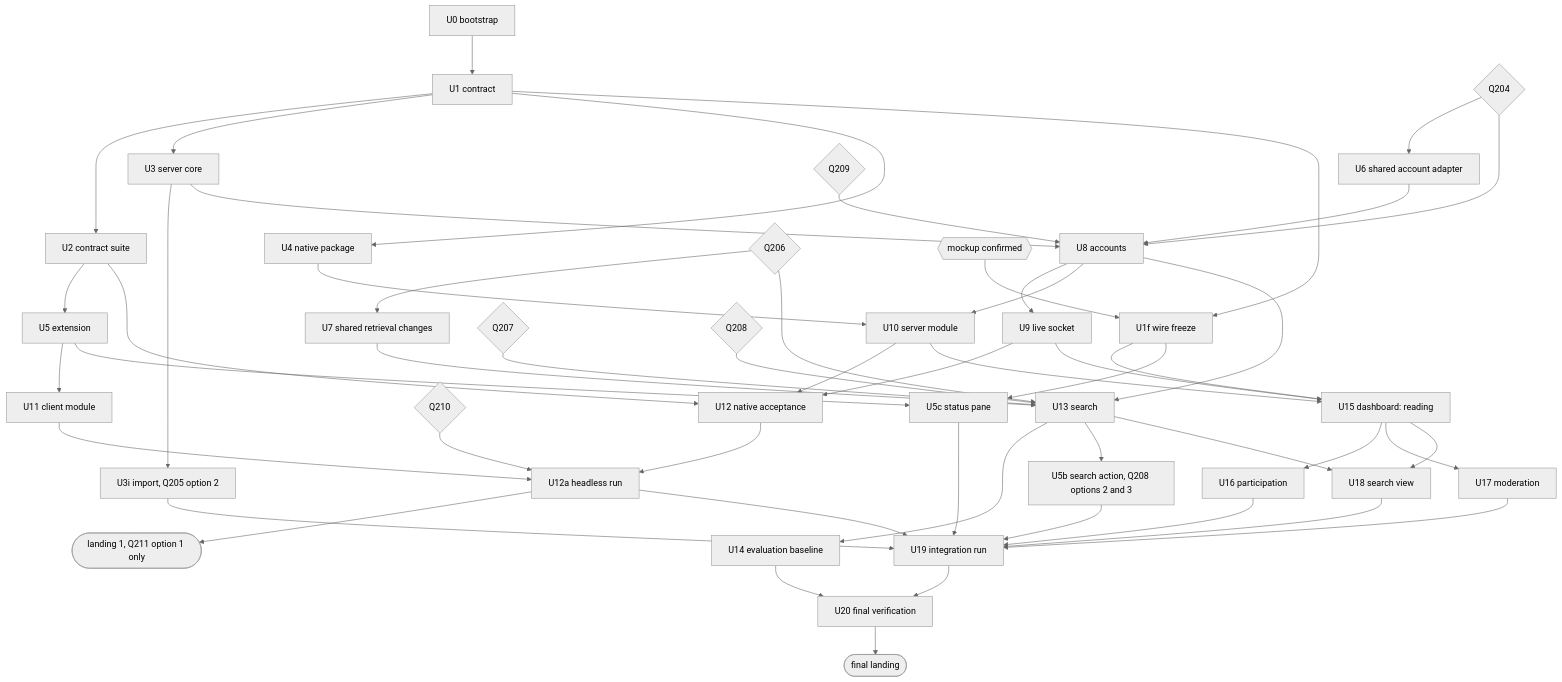
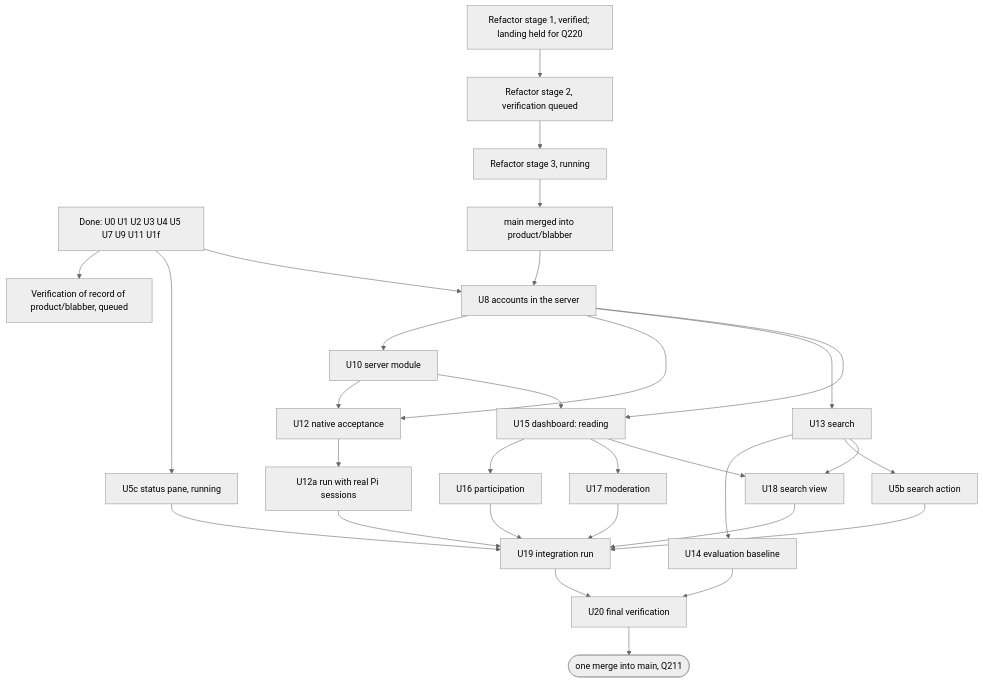
Before and after one commit to 7mind/ponygirls: the second of 2 diagrams in docs/drafts/20261127-1430-blabber-product-design.md, drawn with Mermaid (neutral theme). The commit also changed other lines of this file, not shown here.

Commit message:
docs: Blabber product design, revision 2 (owner decisions Q204-Q217, rulings R1-R36, state at product/blabber 2c444ad4)

````diff
--- a/docs/drafts/20261127-1430-blabber-product-design.md
+++ b/docs/drafts/20261127-1430-blabber-product-design.md
@@ -2421,54 +2421,32 @@
 ```mermaid
 flowchart TD
-  U0[U0 bootstrap] --> U1[U1 contract]
-  U1 --> U2[U2 contract suite]
-  U1 --> U3[U3 server core]
-  U1 --> U4[U4 native package]
-  U2 --> U5[U5 extension]
-  U3 --> U3i[U3i import, Q205 option 2]
-  Q204{Q204} --> U6[U6 shared account adapter]
-  Q204 --> U8[U8 accounts]
-  Q206{Q206} --> U7[U7 shared retrieval changes]
-  U3 --> U8
-  U6 --> U8
-  Q209{Q209} --> U8
-  U8 --> U9[U9 live socket]
-  U4 --> U10[U10 server module]
-  U8 --> U10
-  U5 --> U11[U11 client module]
-  U2 --> U12[U12 native acceptance]
-  U9 --> U12
+  DONE[Done: U0 U1 U2 U3 U4 U5 U7 U9 U11 U1f] --> V[Verification of record of product/blabber, queued]
+  DONE --> U5c[U5c status pane, running]
+  S1[Refactor stage 1, verified; landing held for Q220] --> S2[Refactor stage 2, verification queued]
+  S2 --> S3[Refactor stage 3, running]
+  S3 --> M[main merged into product/blabber]
+  M --> U8[U8 accounts in the server]
+  DONE --> U8
+  U8 --> U10[U10 server module]
+  U8 --> U12[U12 native acceptance]
   U10 --> U12
-  U11 --> U12a[U12a headless run]
-  U12 --> U12a
-  Q210{Q210} --> U12a
-  U12a --> L1([landing 1, Q211 option 1 only])
-  U7 --> U13[U13 search]
-  U8 --> U13
-  Q206 --> U13
-  Q207{Q207} --> U13
-  Q208{Q208} --> U13
+  U12 --> U12a[U12a run with real Pi sessions]
+  U8 --> U13[U13 search]
   U13 --> U14[U14 evaluation baseline]
-  U13 --> U5b[U5b search action, Q208 options 2 and 3]
-  MK{{mockup confirmed}} --> U1f[U1f wire freeze]
-  U1 --> U1f
-  U1f --> U15[U15 dashboard: reading]
-  U9 --> U15
+  U13 --> U5b[U5b search action]
+  U8 --> U15[U15 dashboard: reading]
   U10 --> U15
-  U1f --> U5c[U5c status pane]
-  U5 --> U5c
   U15 --> U16[U16 participation]
   U15 --> U17[U17 moderation]
   U15 --> U18[U18 search view]
   U13 --> U18
   U12a --> U19[U19 integration run]
+  U5c --> U19
+  U5b --> U19
   U16 --> U19
   U17 --> U19
   U18 --> U19
-  U5c --> U19
-  U3i --> U19
-  U5b --> U19
   U14 --> U20[U20 final verification]
   U19 --> U20
-  U20 --> L2([final landing])
+  U20 --> L([one merge into main, Q211])
 ```
````
